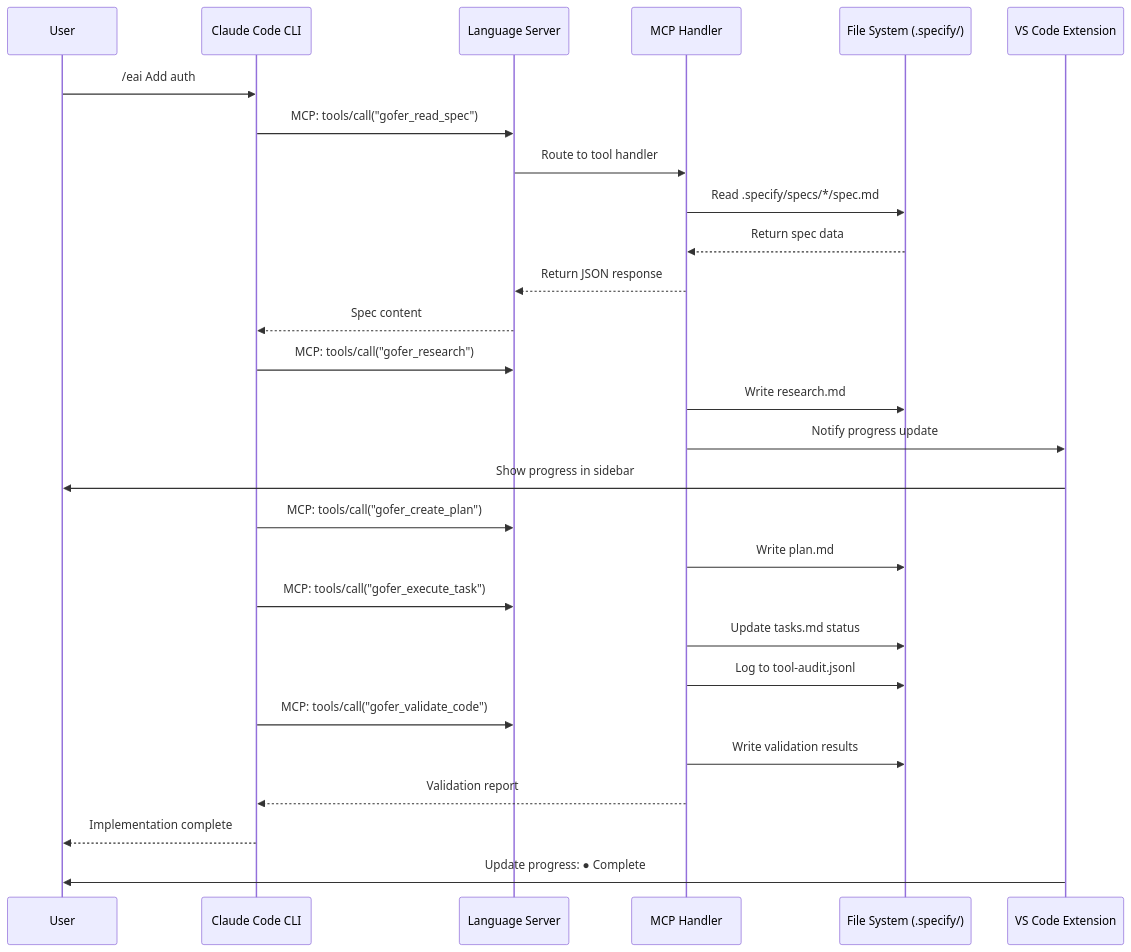
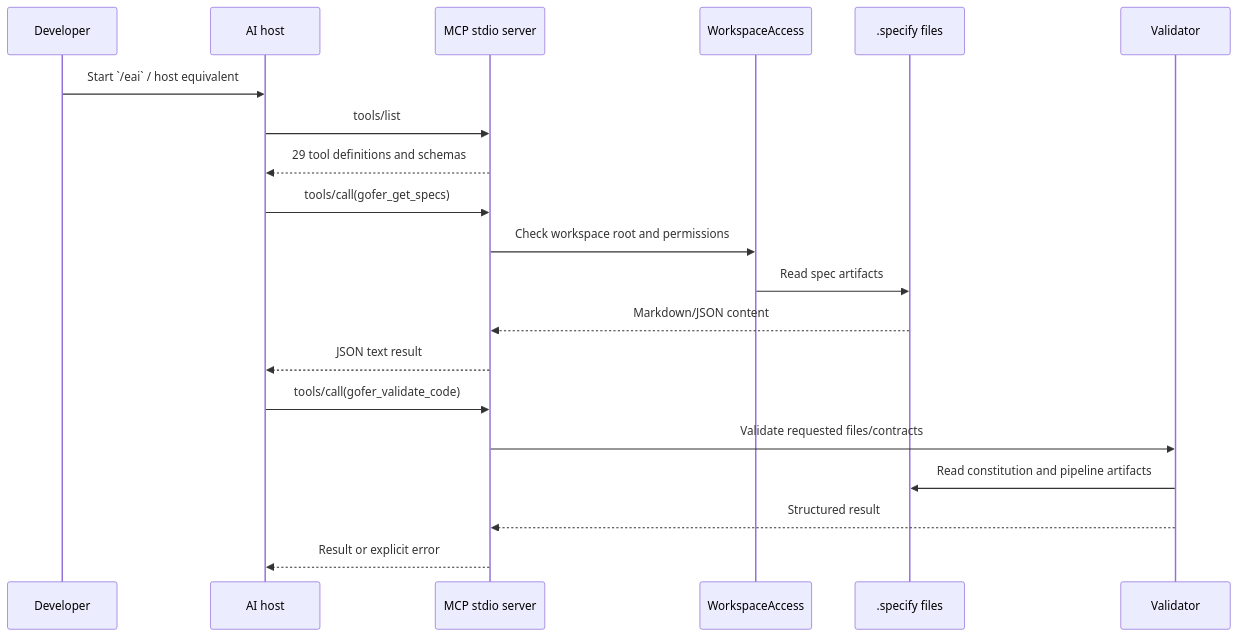
The second of 3 diagrams in .tech-docs/architecture.md (eai-support/eai-gofer), drawn with Mermaid before and after one commit. The commit also changed other lines of this file and 12 other files, not shown here.

````diff
--- a/.tech-docs/architecture.md
+++ b/.tech-docs/architecture.md
@@ -87,36 +45,22 @@
 ```mermaid
 sequenceDiagram
-    participant User
-    participant ClaudeCode as Claude Code CLI
-    participant LSP as Language Server
-    participant MCP as MCP Handler
-    participant FS as File System (.specify/)
-    participant Extension as VS Code Extension
-
-    User->>ClaudeCode: /eai Add auth
-    ClaudeCode->>LSP: MCP: tools/call("gofer_read_spec")
-    LSP->>MCP: Route to tool handler
-    MCP->>FS: Read .specify/specs/*/spec.md
-    FS-->>MCP: Return spec data
-    MCP-->>LSP: Return JSON response
-    LSP-->>ClaudeCode: Spec content
-
-    ClaudeCode->>LSP: MCP: tools/call("gofer_research")
-    MCP->>FS: Write research.md
-    MCP->>Extension: Notify progress update
-    Extension->>User: Show progress in sidebar
-
-    ClaudeCode->>LSP: MCP: tools/call("gofer_create_plan")
-    MCP->>FS: Write plan.md
-
-    ClaudeCode->>LSP: MCP: tools/call("gofer_execute_task")
-    MCP->>FS: Update tasks.md status
-    MCP->>FS: Log to tool-audit.jsonl
-
-    ClaudeCode->>LSP: MCP: tools/call("gofer_validate_code")
-    MCP->>FS: Write validation results
-    MCP-->>ClaudeCode: Validation report
-
-    ClaudeCode-->>User: Implementation complete
-    Extension->>User: Update progress: ● Complete
+    participant U as Developer
+    participant H as AI host
+    participant M as MCP stdio server
+    participant A as WorkspaceAccess
+    participant F as .specify files
+    participant V as Validator
+    U->>H: Start `/eai` / host equivalent
+    H->>M: tools/list
+    M-->>H: 29 tool definitions and schemas
+    H->>M: tools/call(gofer_get_specs)
+    M->>A: Check workspace root and permissions
+    A->>F: Read spec artifacts
+    F-->>M: Markdown/JSON content
+    M-->>H: JSON text result
+    H->>M: tools/call(gofer_validate_code)
+    M->>V: Validate requested files/contracts
+    V->>F: Read constitution and pipeline artifacts
+    V-->>M: Structured result
+    M-->>H: Result or explicit error
 ```
````
